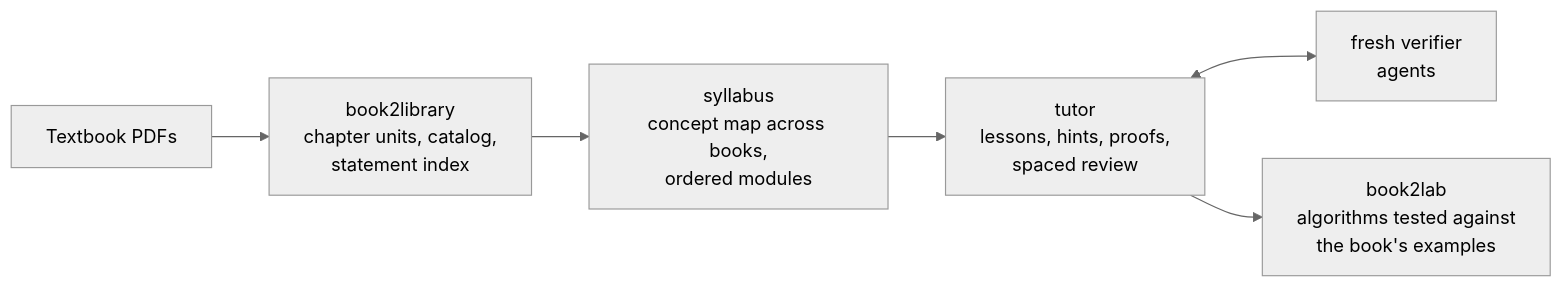
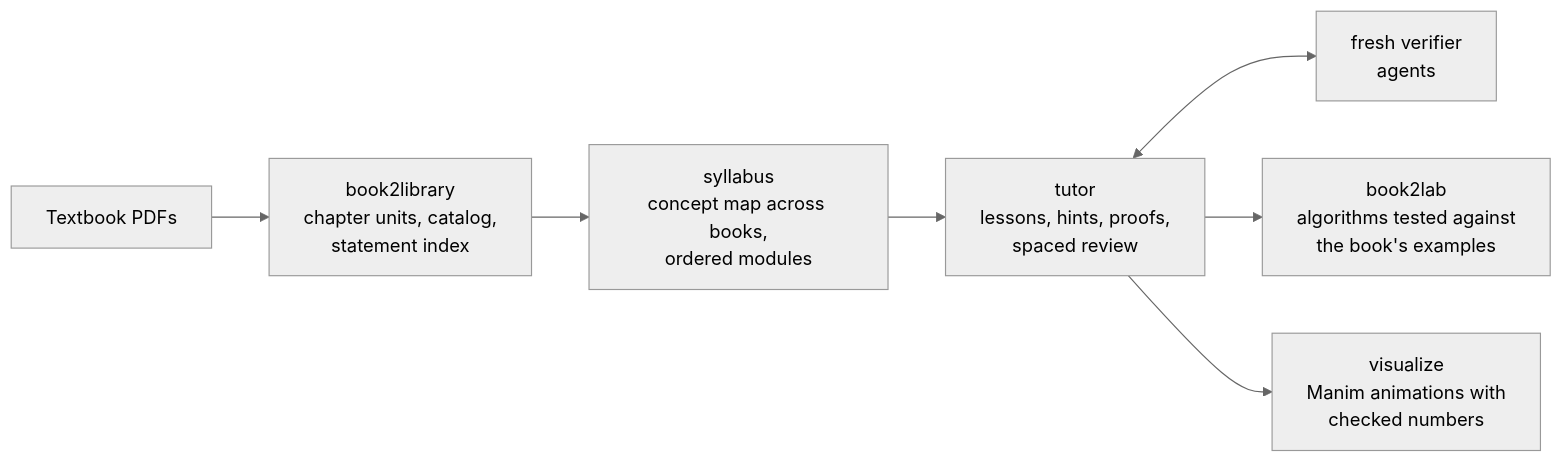
Before and after one commit to vohuynhquangnguyen/textbook2agent: the diagram in README.md, drawn with Mermaid (neutral theme). The commit also changed other lines of this file and 25 other files, not shown here.

````diff
--- a/README.md
+++ b/README.md
@@ -13,8 +14,9 @@
 ```mermaid
 flowchart LR
     pdfs[Textbook PDFs] --> library["book2library<br/>chapter units, catalog,<br/>statement index"]
     library --> syllabus["syllabus<br/>concept map across books,<br/>ordered modules"]
     syllabus --> tutor["tutor<br/>lessons, hints, proofs,<br/>spaced review"]
     tutor <--> verifier["fresh verifier<br/>agents"]
     tutor --> lab["book2lab<br/>algorithms tested against<br/>the book's examples"]
+    tutor --> visualize["visualize<br/>Manim animations with<br/>checked numbers"]
 ```
````
